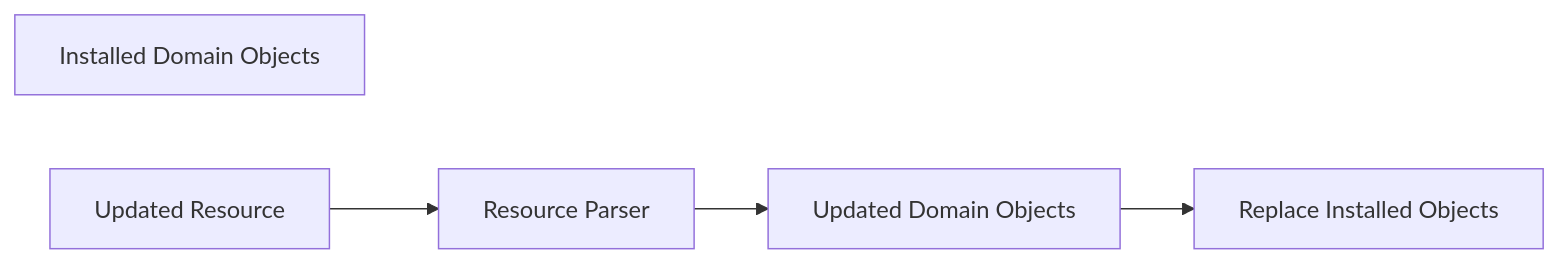
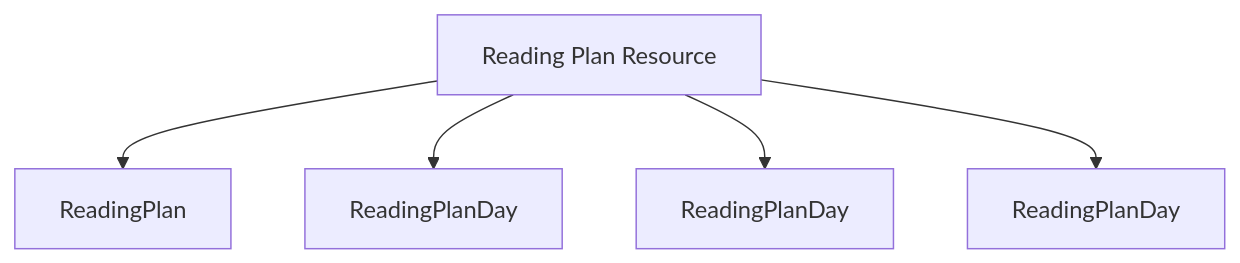
The tenth of 13 diagrams in docs/decisions/0002-domain-resource-model.md (kjvonly/kjvonly.bible), drawn with Mermaid before and after one commit. The commit also changed other lines of this file, not shown here.

````diff
--- a/docs/decisions/0002-domain-resource-model.md
+++ b/docs/decisions/0002-domain-resource-model.md
@@ -1050,13 +738,10 @@
 ```mermaid
-flowchart LR
+flowchart TD
 
-    OLD["Installed Domain Objects"]
+    RESOURCE["Reading Plan Resource"]
 
-    UPDATE["Updated Resource"]
-
-    UPDATE --> PARSER["Resource Parser"]
-
-    PARSER --> NEW["Updated Domain Objects"]
-
-    NEW --> STORE["Replace Installed Objects"]
+    RESOURCE --> PLAN["ReadingPlan"]
+    RESOURCE --> DAY1["ReadingPlanDay"]
+    RESOURCE --> DAY2["ReadingPlanDay"]
+    RESOURCE --> DAY3["ReadingPlanDay"]
 ```
````
